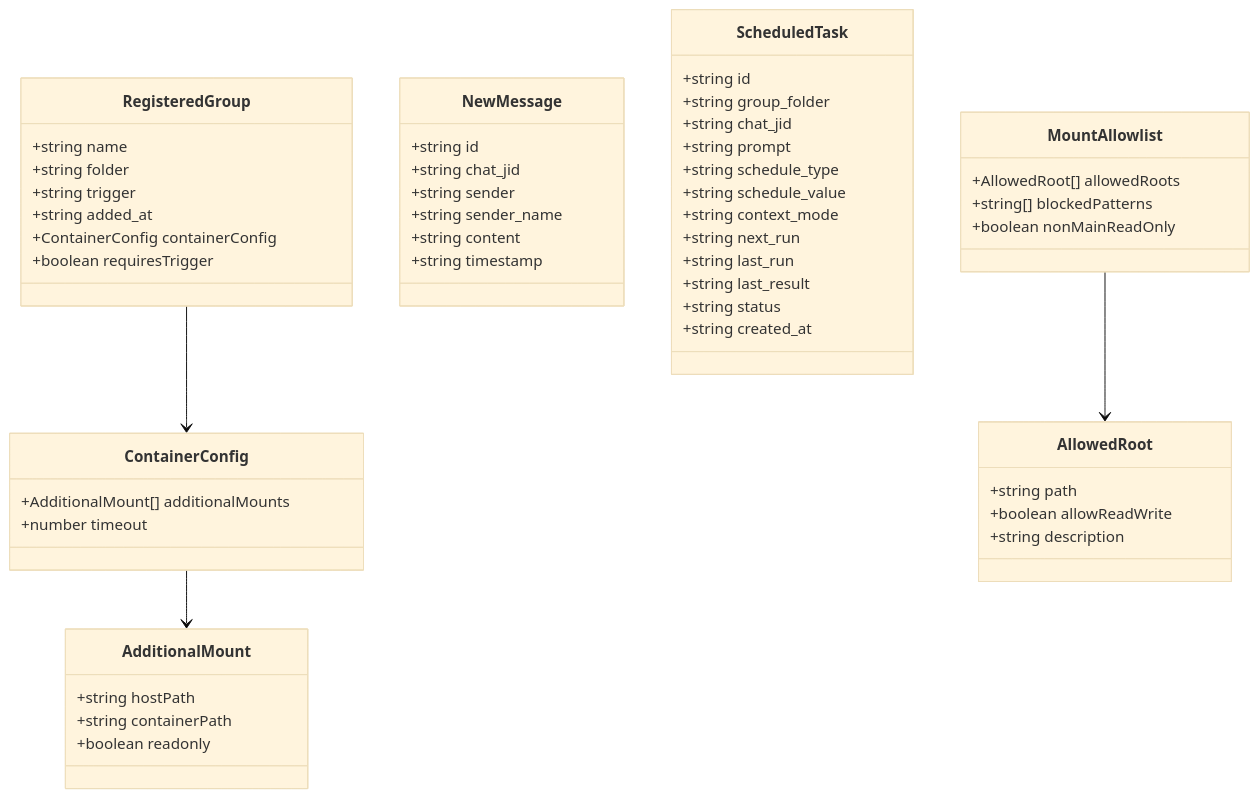
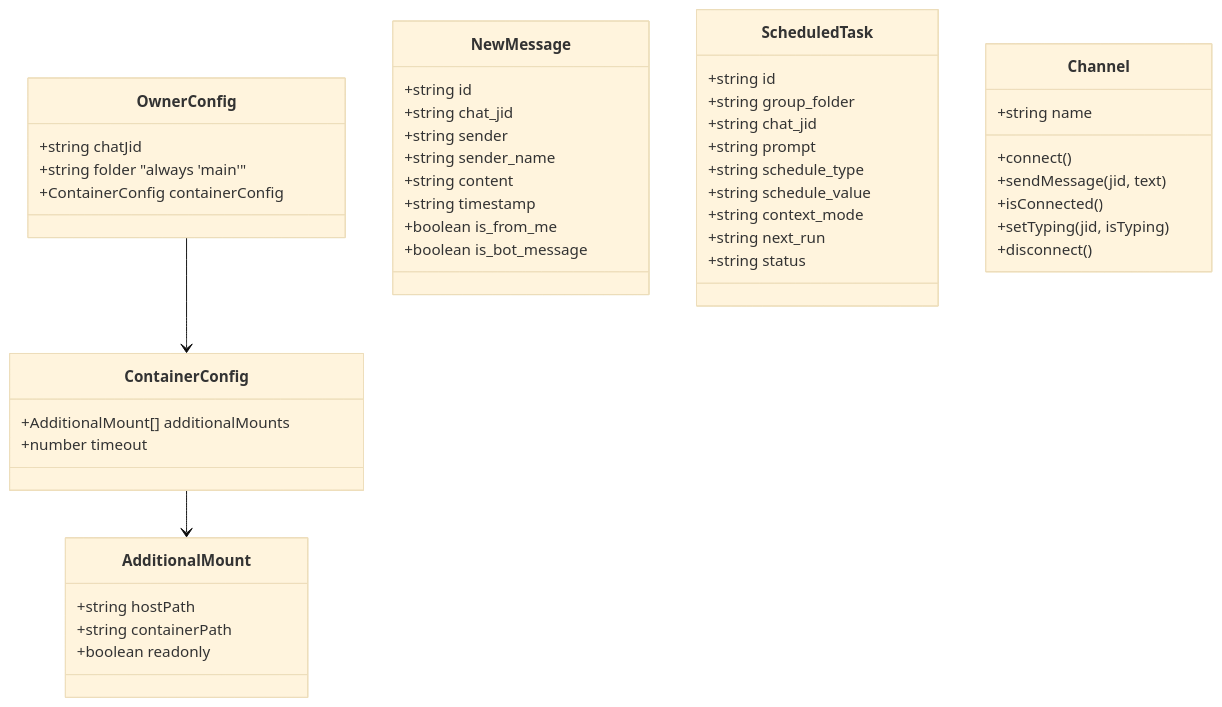
One commit to shunwork/nanoclaw changed the eighth of 39 diagrams in tutorial/TUTORIAL.md. Above: the diagram before and after it, drawn with Mermaid (base theme). The commit also changed other lines of this file and 18 other files, not shown here.

````diff
--- a/tutorial/TUTORIAL.md
+++ b/tutorial/TUTORIAL.md
@@ -385,62 +423,54 @@
 ```mermaid
 classDiagram
-    class RegisteredGroup {
-        +string name
-        +string folder
-        +string trigger
-        +string added_at
+    class OwnerConfig {
+        +string chatJid
+        +string folder "always 'main'"
         +ContainerConfig containerConfig
-        +boolean requiresTrigger
     }
 
     class ContainerConfig {
         +AdditionalMount[] additionalMounts
         +number timeout
     }
 
     class AdditionalMount {
         +string hostPath
         +string containerPath
         +boolean readonly
     }
 
     class NewMessage {
         +string id
         +string chat_jid
         +string sender
         +string sender_name
         +string content
         +string timestamp
+        +boolean is_from_me
+        +boolean is_bot_message
     }
 
     class ScheduledTask {
         +string id
         +string group_folder
         +string chat_jid
         +string prompt
         +string schedule_type
         +string schedule_value
         +string context_mode
         +string next_run
-        +string last_run
-        +string last_result
         +string status
-        +string created_at
     }
 
-    class MountAllowlist {
-        +AllowedRoot[] allowedRoots
-        +string[] blockedPatterns
-        +boolean nonMainReadOnly
+    class Channel {
+        +string name
+        +connect()
+        +sendMessage(jid, text)
+        +isConnected()
+        +setTyping(jid, isTyping)
+        +disconnect()
     }
 
-    class AllowedRoot {
-        +string path
-        +boolean allowReadWrite
-        +string description
-    }
-
-    RegisteredGroup --> ContainerConfig
+    OwnerConfig --> ContainerConfig
     ContainerConfig --> AdditionalMount
-    MountAllowlist --> AllowedRoot
 ```
````
